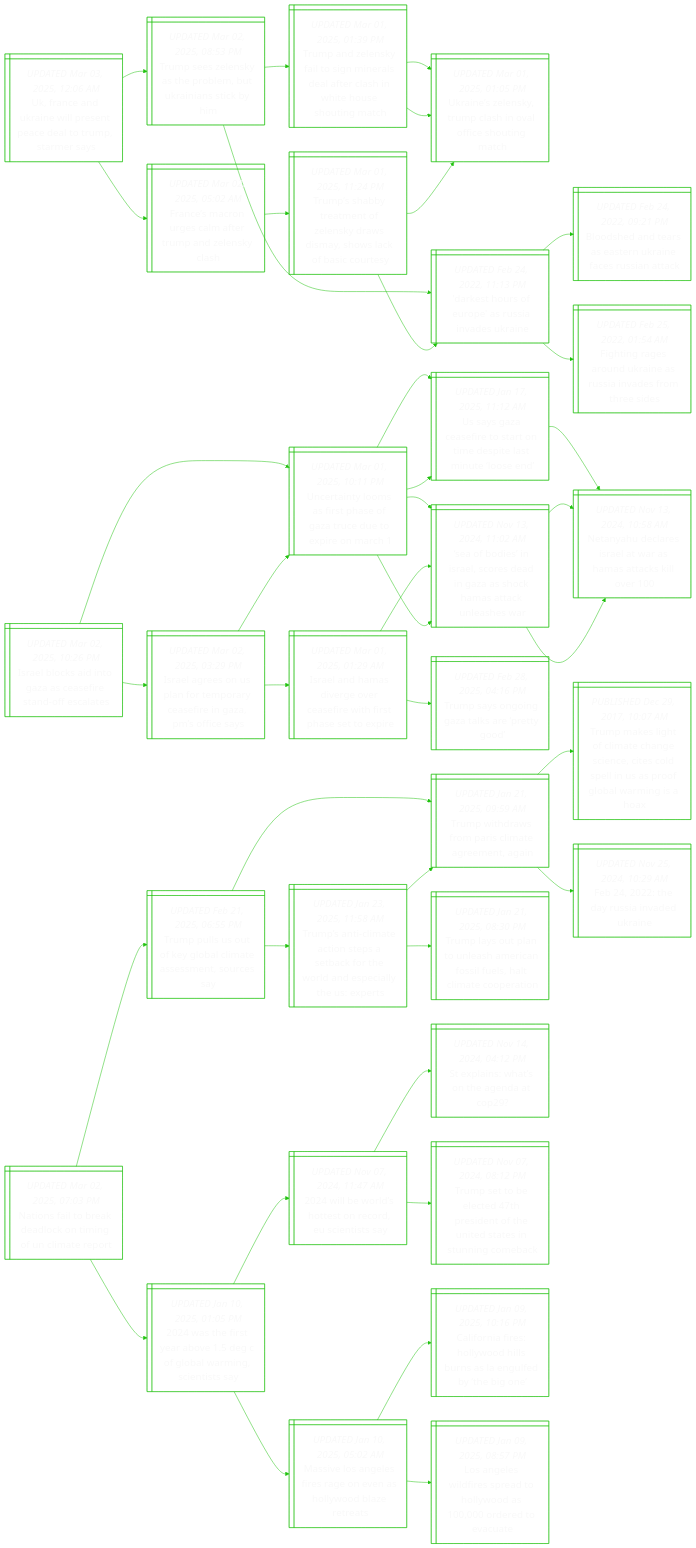
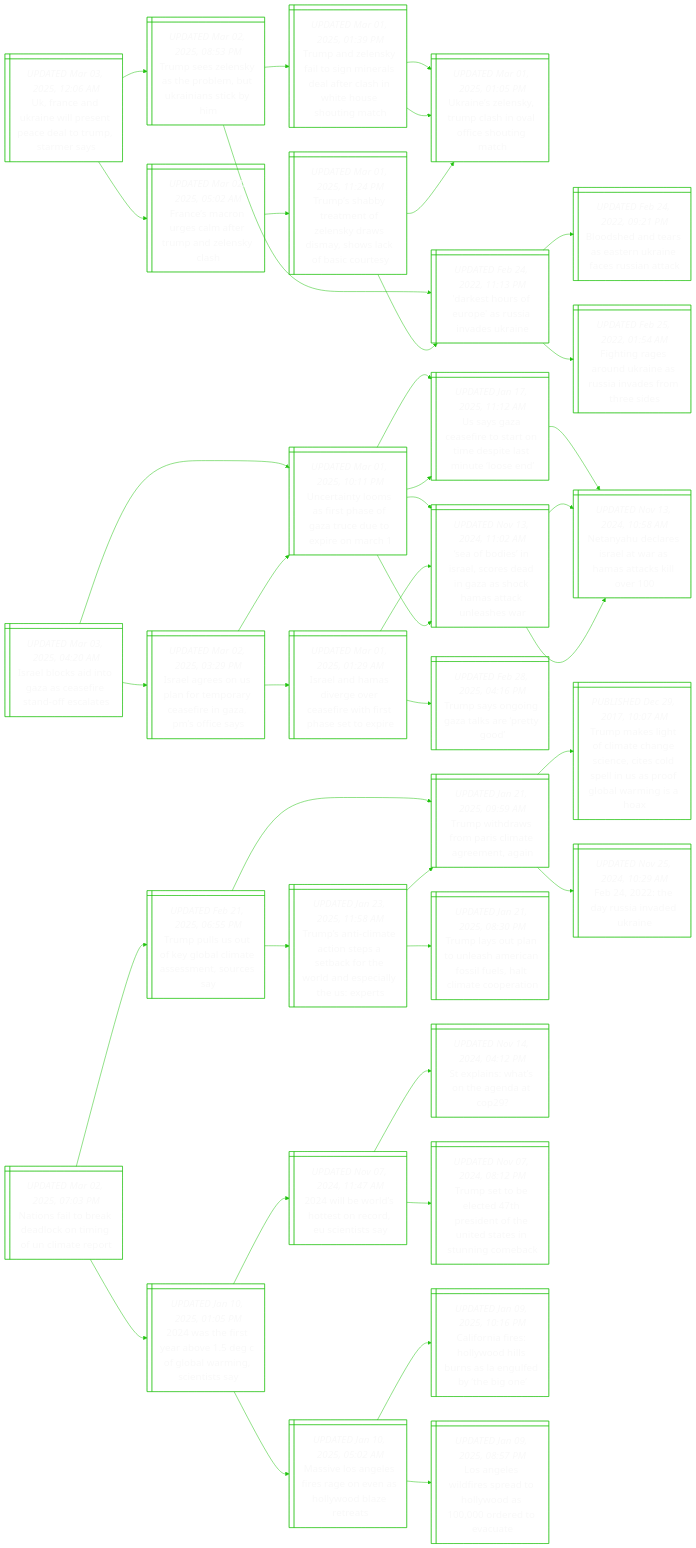
The diagram in README.md (notJmes/notJmes), drawn with Mermaid before and after one commit. The commit also changed other lines of this file, not shown here.

```diff
--- a/README.md
+++ b/README.md
@@ -53,7 +53,7 @@
 Tsbatlysawksuy:::txtsize --> Unlyphaiogh:::txtsize
 Tsbatlysawksuy:::txtsize --> DsruasvUn:::txtsize
 
-Ilkiacftfas@{ shape: win-pane, label: "_UPDATED Mar 02, 2025, 10:26 PM_
+Ilkiacftfas@{ shape: win-pane, label: "_UPDATED Mar 03, 2025, 04:20 AM_
 Israel blocks aid into gaza as ceasefire stand-off escalates" }
 UtysraGruxoc@{ shape: win-pane, label: "_UPDATED Mar 01, 2025, 10:11 PM_
 Uncertainty looms as first phase of gaza truce due to expire on march 1" }
```
